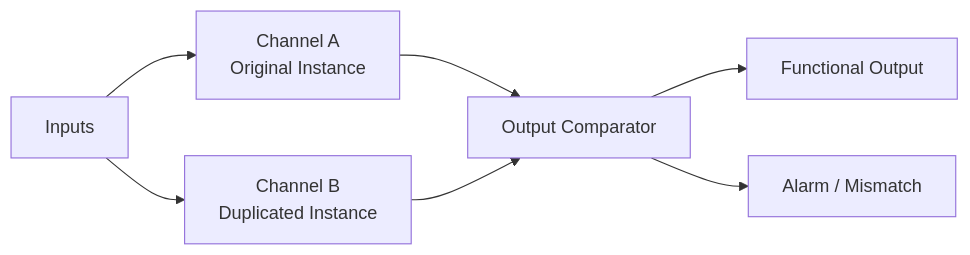
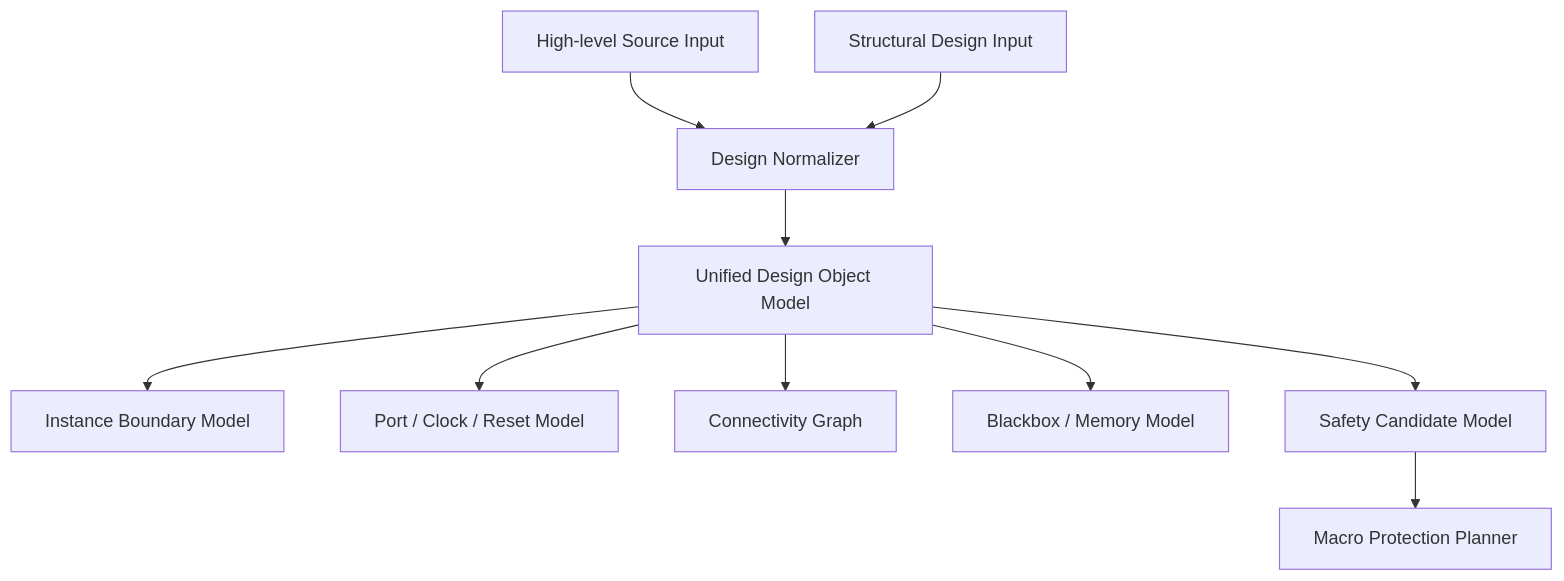
The third of 9 diagrams in articles/GitHub_D22_macro_level_safety_synthesis.md (qiqixixi1001/automotive-safeic-practice), drawn with Mermaid before and after one commit. The commit also changed other lines of this file, not shown here.

````diff
--- a/articles/GitHub_D22_macro_level_safety_synthesis.md
+++ b/articles/GitHub_D22_macro_level_safety_synthesis.md
@@ -108,9 +196,12 @@
 ```mermaid
-flowchart LR
-    IN[Inputs] --> A[Channel A\nOriginal Instance]
-    IN --> B[Channel B\nDuplicated Instance]
-    A --> C[Output Comparator]
-    B --> C
-    C --> OUT[Functional Output]
-    C --> ALM[Alarm / Mismatch]
+flowchart TB
+    A[High-level Source Input] --> C[Design Normalizer]
+    B[Structural Design Input] --> C
+    C --> D[Unified Design Object Model]
+    D --> E[Instance Boundary Model]
+    D --> F[Port / Clock / Reset Model]
+    D --> G[Connectivity Graph]
+    D --> H[Blackbox / Memory Model]
+    D --> I[Safety Candidate Model]
+    I --> J[Macro Protection Planner]
 ```
````
